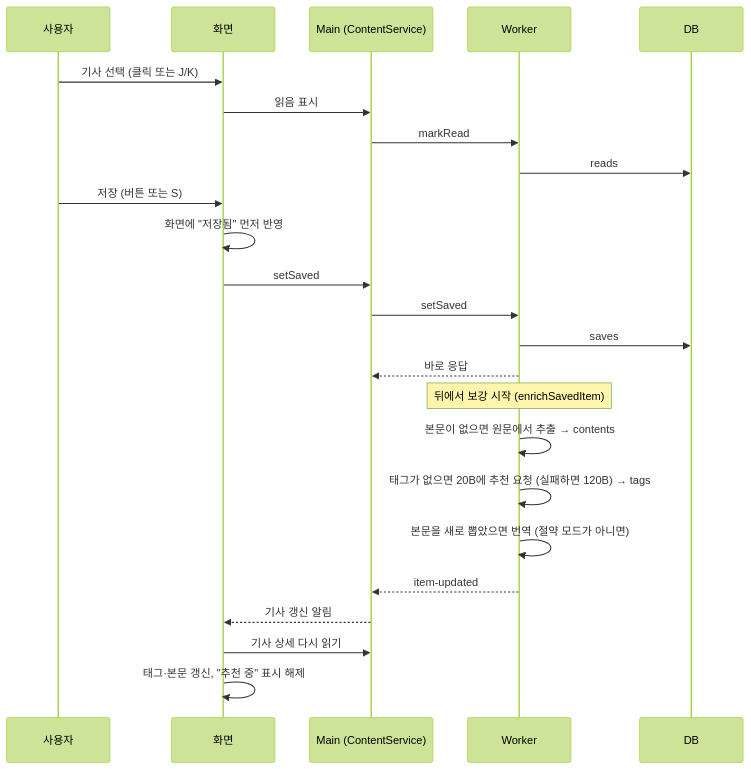
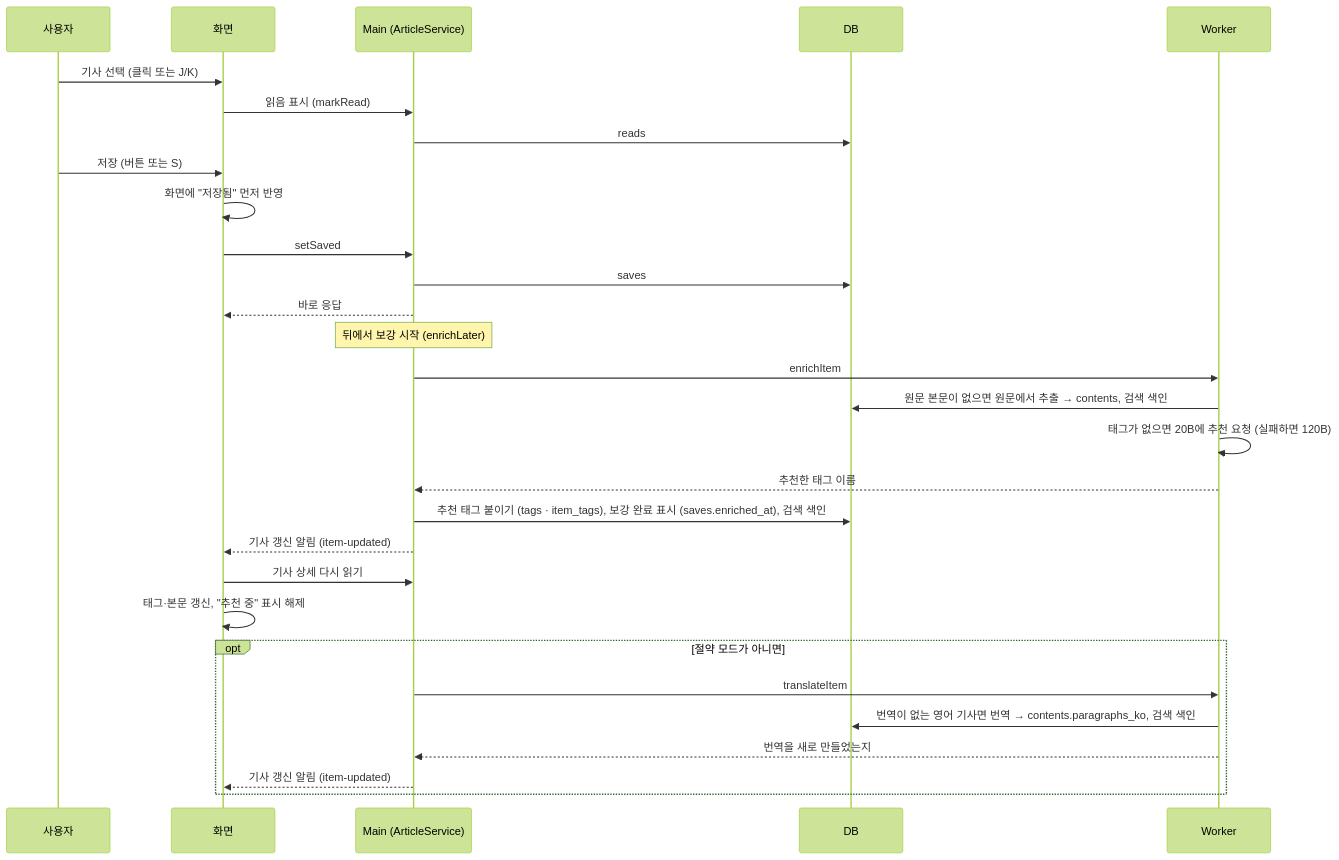
One commit to EPIGEXE/jogan-news changed the tenth of 13 diagrams in docs/README.md. Above: the diagram before and after it, drawn with Mermaid (forest theme). The commit also changed other lines of this file and 102 other files, not shown here.

````diff
--- a/docs/README.md
+++ b/docs/README.md
@@ -640,26 +747,31 @@
 ```mermaid
 sequenceDiagram
   participant U as 사용자
   participant R as 화면
-  participant M as Main (ContentService)
+  participant M as Main (ArticleService)
+  participant DB as DB
   participant W as Worker
-  participant DB as DB
   U->>R: 기사 선택 (클릭 또는 J/K)
-  R->>M: 읽음 표시
-  M->>W: markRead
-  W->>DB: reads
+  R->>M: 읽음 표시 (markRead)
+  M->>DB: reads
   U->>R: 저장 (버튼 또는 S)
   R->>R: 화면에 "저장됨" 먼저 반영
   R->>M: setSaved
-  M->>W: setSaved
-  W->>DB: saves
-  W-->>M: 바로 응답
-  Note over W: 뒤에서 보강 시작 (enrichSavedItem)
-  W->>W: 본문이 없으면 원문에서 추출 → contents
-  W->>W: 태그가 없으면 20B에 추천 요청 (실패하면 120B) → tags
-  W->>W: 본문을 새로 뽑았으면 번역 (절약 모드가 아니면)
-  W-->>M: item-updated
-  M-->>R: 기사 갱신 알림
+  M->>DB: saves
+  M-->>R: 바로 응답
+  Note over M: 뒤에서 보강 시작 (enrichLater)
+  M->>W: enrichItem
+  W->>DB: 원문 본문이 없으면 원문에서 추출 → contents, 검색 색인
+  W->>W: 태그가 없으면 20B에 추천 요청 (실패하면 120B)
+  W-->>M: 추천한 태그 이름
+  M->>DB: 추천 태그 붙이기 (tags · item_tags), 보강 완료 표시 (saves.enriched_at), 검색 색인
+  M-->>R: 기사 갱신 알림 (item-updated)
   R->>M: 기사 상세 다시 읽기
   R->>R: 태그·본문 갱신, "추천 중" 표시 해제
+  opt 절약 모드가 아니면
+    M->>W: translateItem
+    W->>DB: 번역이 없는 영어 기사면 번역 → contents.paragraphs_ko, 검색 색인
+    W-->>M: 번역을 새로 만들었는지
+    M-->>R: 기사 갱신 알림 (item-updated)
+  end
 ```
````
